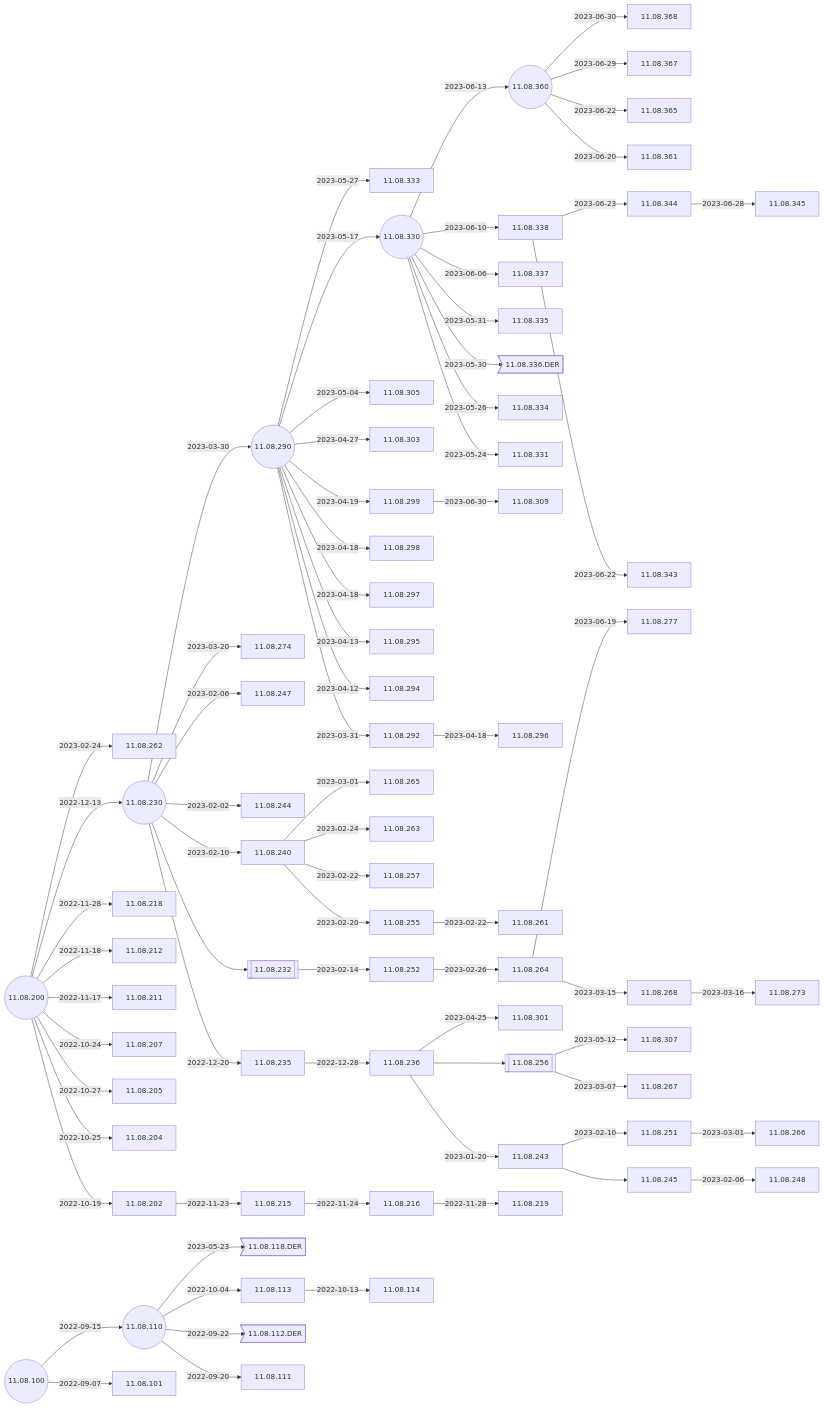
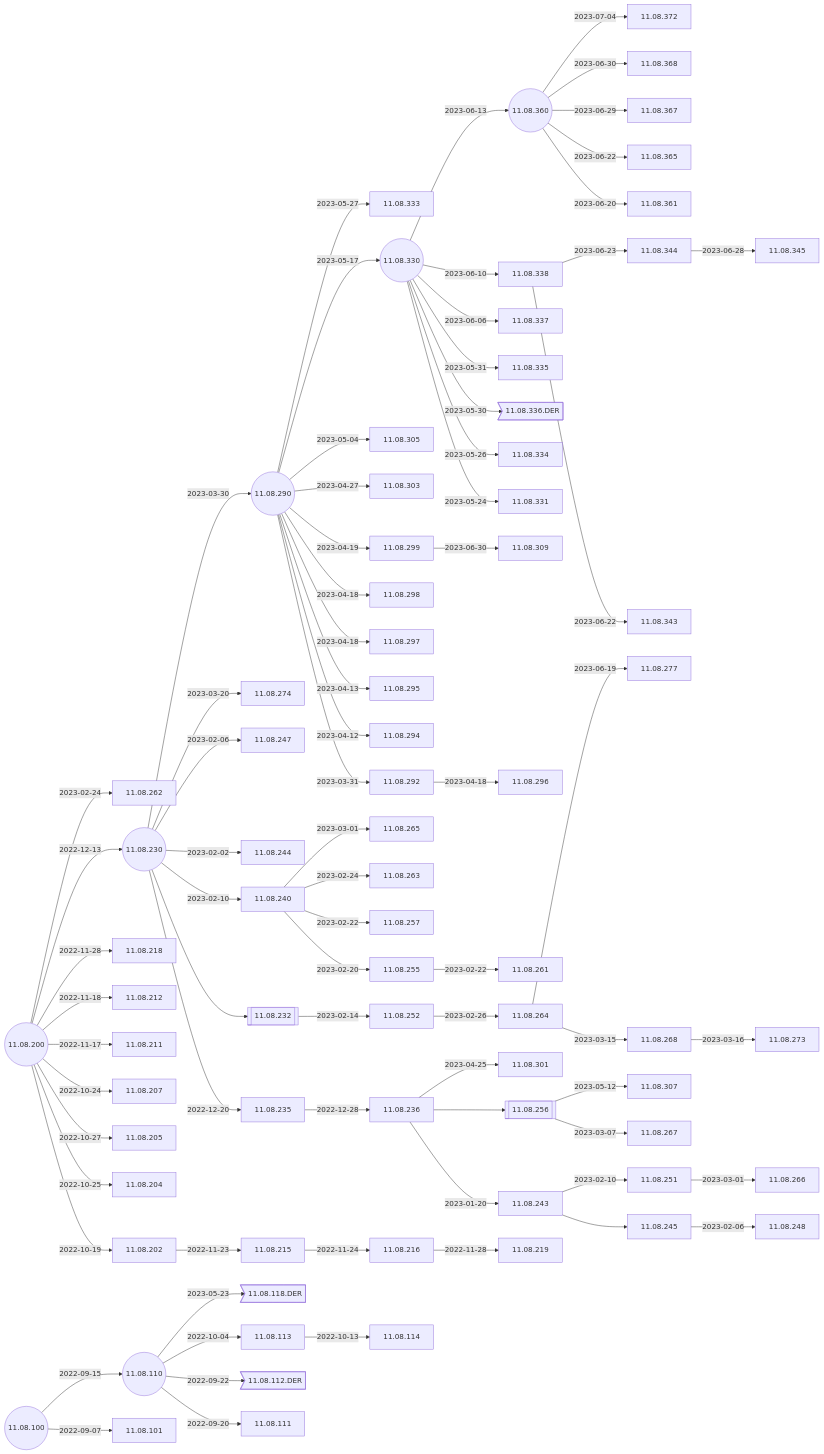
The second of 4 diagrams in docs/Docs/ReleaseNotes/01-OS11/README.md (IGEL-Community/IGEL-Docs-v02), drawn with Mermaid before and after one commit. The commit also changed 2 other files, not shown here.

Commit message:
11.08.373 < 11.08.360 ; xrandr

````diff
--- a/docs/Docs/ReleaseNotes/01-OS11/README.md
+++ b/docs/Docs/ReleaseNotes/01-OS11/README.md
@@ -39,5 +39,6 @@
 ```mermaid
 flowchart LR
+    11.08.360-- 2023-07-04 -->11.08.372
     11.08.299-- 2023-06-30 -->11.08.309
     11.08.360-- 2023-06-30 -->11.08.368
     11.08.360-- 2023-06-29 -->11.08.367
````
